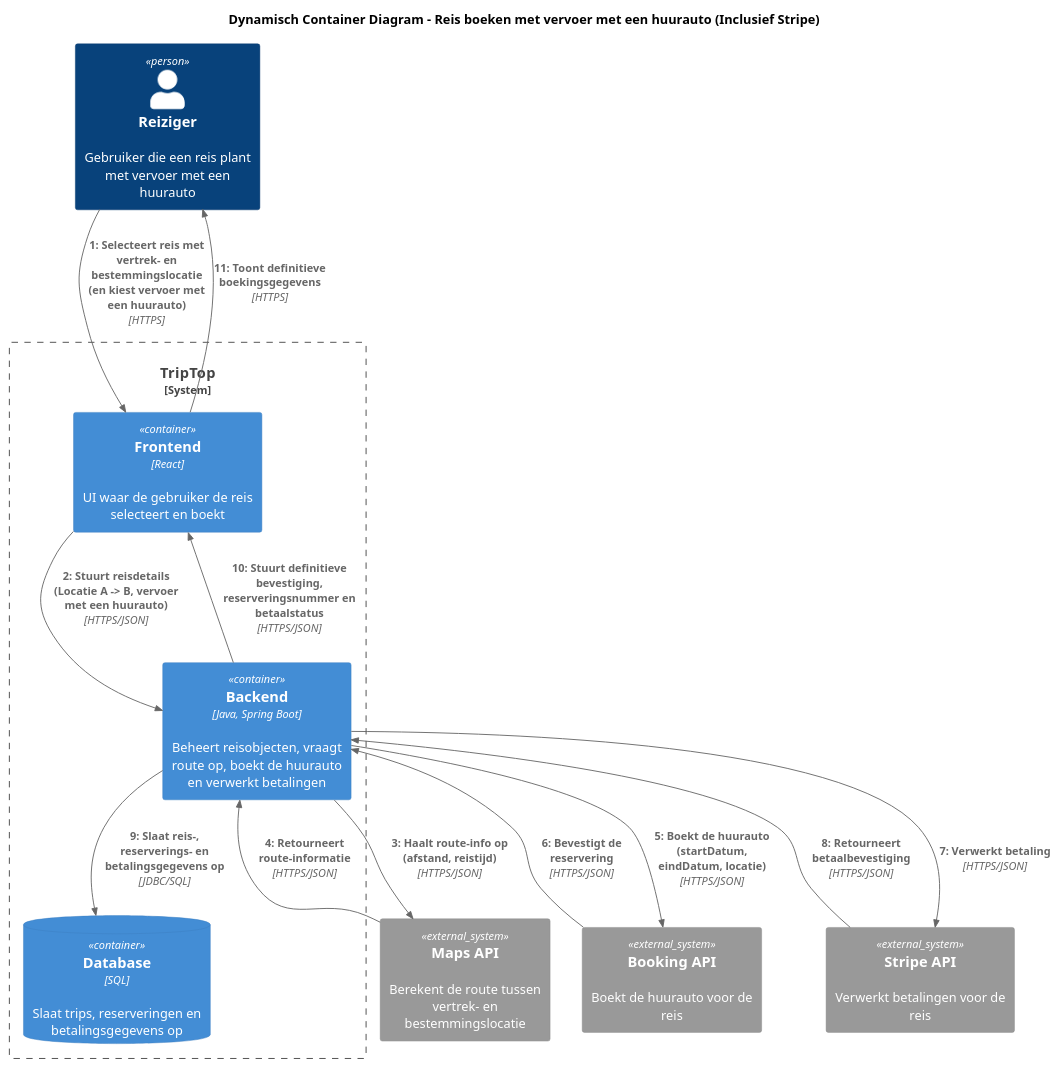
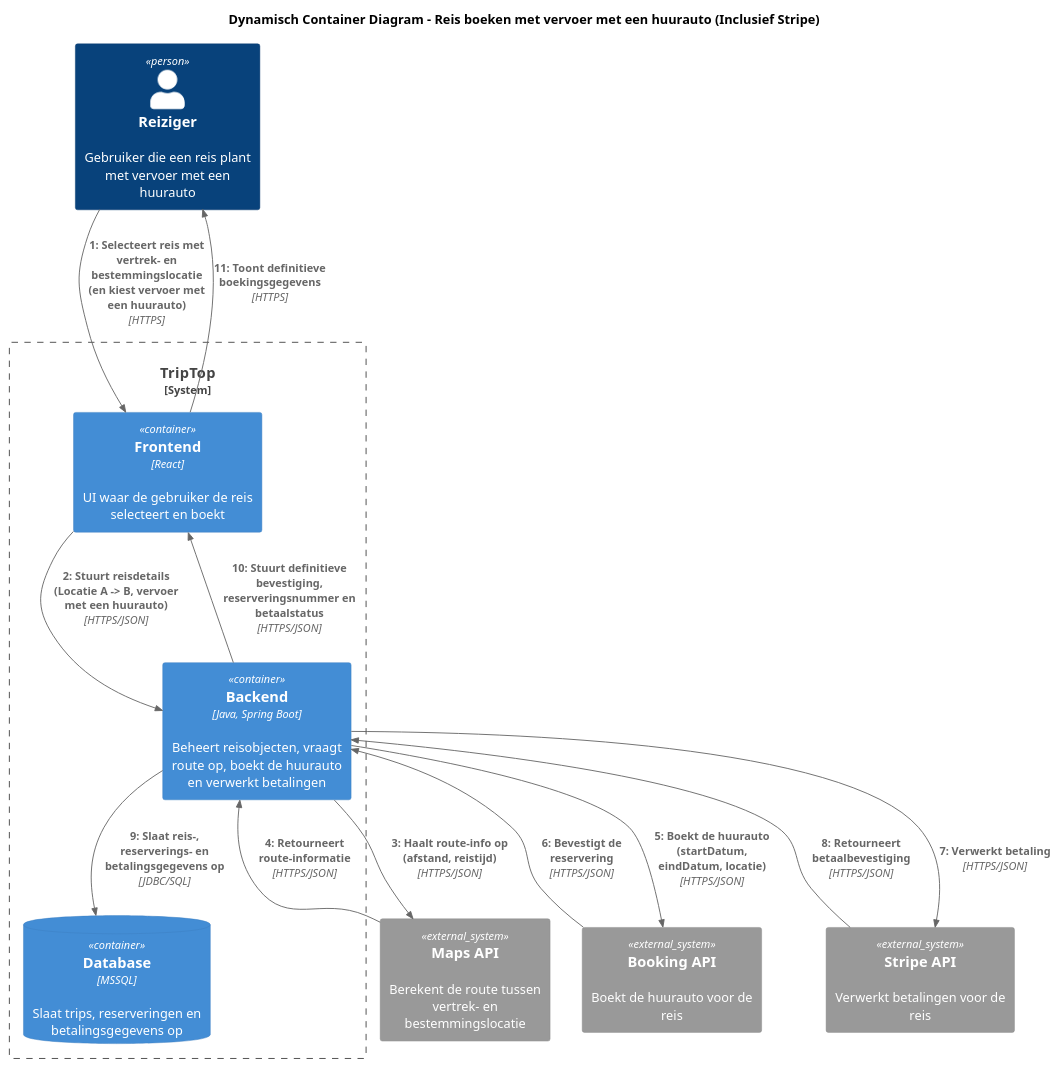
One commit to AIM-ENE-feb25/triptop-asas changed the diagram in software-guidebook/dynamisch-container-diagrammen/reis-boeken-container-diagram.puml. Above: the diagram before and after it, drawn with PlantUML. The commit also changed 3 other files, not shown here.

```diff
--- a/software-guidebook/dynamisch-container-diagrammen/reis-boeken-container-diagram.puml
+++ b/software-guidebook/dynamisch-container-diagrammen/reis-boeken-container-diagram.puml
@@ -1,27 +1,27 @@
 @startuml ReisBoekenHuurauto
 !include https://raw.githubusercontent.com/plantuml-stdlib/C4-PlantUML/master/C4_Dynamic.puml
 title Dynamisch Container Diagram – Reis boeken met vervoer met een huurauto (Inclusief Stripe)
 
 Person(user, "Reiziger", "Gebruiker die een reis plant met vervoer met een huurauto")
 System_Boundary(triptop, "TripTop") {
     Container(frontend, "Frontend", "React", "UI waar de gebruiker de reis selecteert en boekt")
     Container(backend, "Backend", "Java, Spring Boot", "Beheert reisobjecten, vraagt route op, boekt de huurauto en verwerkt betalingen")
-    ContainerDb(db, "Database", "SQL", "Slaat trips, reserveringen en betalingsgegevens op")
+    ContainerDb(db, "Database", "MSSQL", "Slaat trips, reserveringen en betalingsgegevens op")
     }
 System_Ext(mapsApi, "Maps API", "Berekent de route tussen vertrek- en bestemmingslocatie")
 System_Ext(autohuurApi, "Booking API", "Boekt de huurauto voor de reis")
 System_Ext(payment, "Stripe API", "Verwerkt betalingen voor de reis")
 
 Rel(user, frontend, "Selecteert reis met vertrek- en bestemmingslocatie\n(en kiest vervoer met een huurauto)", "HTTPS")
 Rel(frontend, backend, "Stuurt reisdetails (Locatie A -> B, vervoer met een huurauto)", "HTTPS/JSON")
 Rel(backend, mapsApi, "Haalt route-info op (afstand, reistijd)", "HTTPS/JSON")
 Rel(mapsApi, backend, "Retourneert route-informatie", "HTTPS/JSON")
 Rel(backend, autohuurApi, "Boekt de huurauto (startDatum, eindDatum, locatie)", "HTTPS/JSON")
 Rel(autohuurApi, backend, "Bevestigt de reservering", "HTTPS/JSON")
 Rel(backend, payment, "Verwerkt betaling", "HTTPS/JSON")
 Rel(payment, backend, "Retourneert betaalbevestiging", "HTTPS/JSON")
 Rel(backend, db, "Slaat reis-, reserverings- en betalingsgegevens op", "JDBC/SQL")
 Rel(backend, frontend, "Stuurt definitieve bevestiging, reserveringsnummer en betaalstatus", "HTTPS/JSON")
 Rel(frontend, user, "Toont definitieve boekingsgegevens", "HTTPS")
 
 @enduml
```
